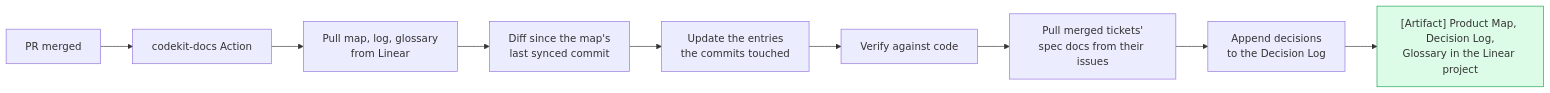
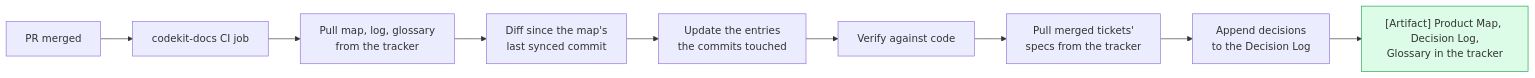
One commit to TheLampshady/codekit changed the fourth of 5 diagrams in docs/USAGE_FLOW.md. Above: the diagram before and after it, drawn with Mermaid. The commit also changed other lines of this file and 46 other files, not shown here.

First line of the commit message:
[TASK] :: Add GitLab issues and merge requests alongside Linear, picked by codekit.tracker

````diff
--- a/docs/USAGE_FLOW.md
+++ b/docs/USAGE_FLOW.md
@@ -128,13 +128,13 @@
 ```mermaid
 flowchart LR
-    M[PR merged] --> A[codekit-docs Action]
-    A --> P[Pull map, log, glossary<br/>from Linear]
+    M[PR merged] --> A[codekit-docs CI job]
+    A --> P[Pull map, log, glossary<br/>from the tracker]
     P --> D["Diff since the map's<br/>last synced commit"]
     D --> U[Update the entries<br/>the commits touched]
     U --> V[Verify against code]
-    V --> I[Pull merged tickets'<br/>spec docs from their issues]
+    V --> I[Pull merged tickets'<br/>specs from the tracker]
     I --> DL[Append decisions<br/>to the Decision Log]
-    DL --> L["[Artifact] Product Map, Decision Log,<br/>Glossary in the Linear project"]
+    DL --> L["[Artifact] Product Map, Decision Log,<br/>Glossary in the tracker"]
 
     style L fill:#dcfce7,stroke:#16a34a
 ```
````
